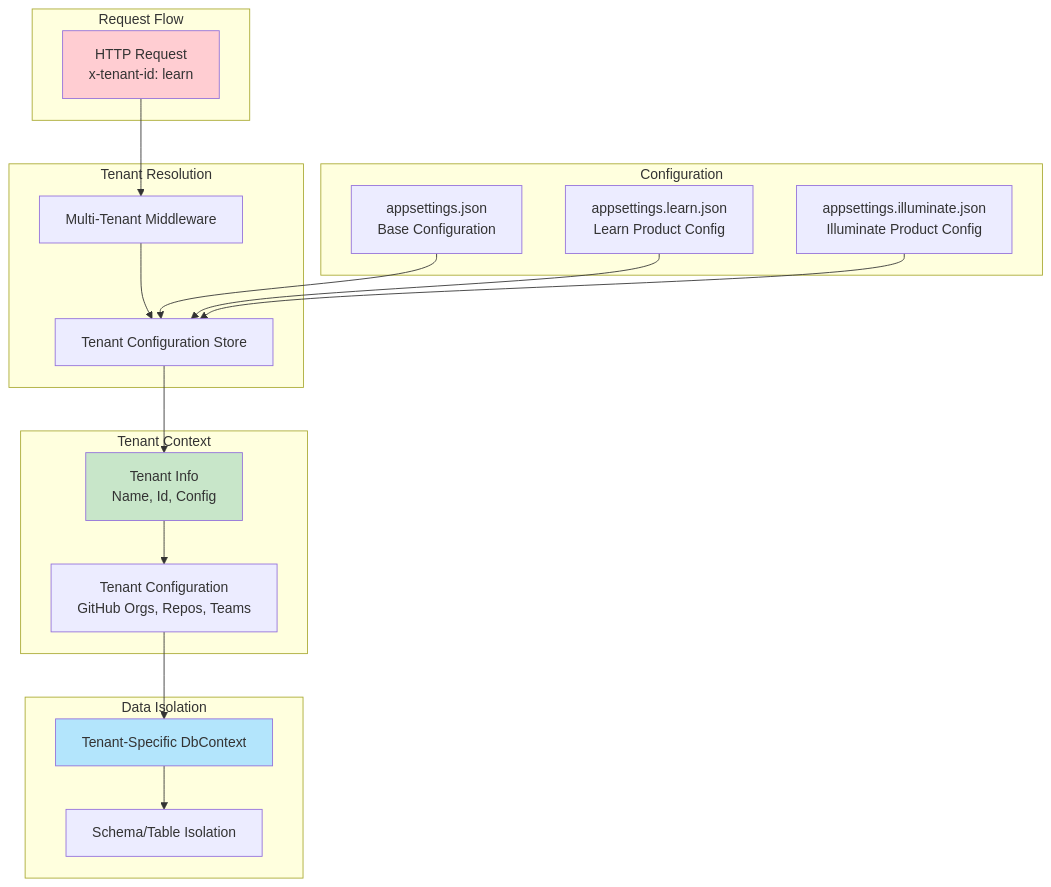
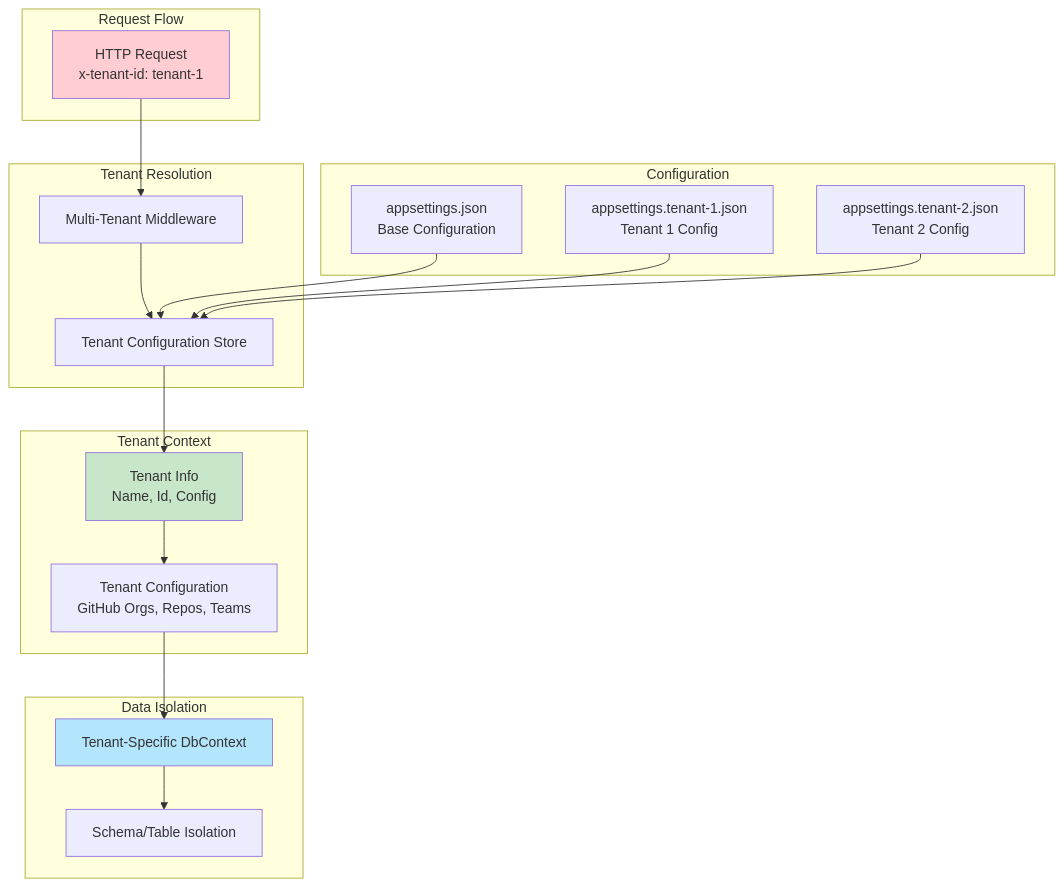
The fifth of 9 diagrams in docs/ARCHITECTURE.md (ksara-personal/devex-metrics), drawn with Mermaid before and after one commit. The commit also changed other lines of this file and 56 other files, not shown here.

````diff
--- a/docs/ARCHITECTURE.md
+++ b/docs/ARCHITECTURE.md
@@ -356,42 +356,42 @@
 ```mermaid
 graph TB
     subgraph "Request Flow"
-        Request[HTTP Request<br/>x-tenant-id: learn]
+        Request[HTTP Request<br/>x-tenant-id: tenant-1]
     end
     
     subgraph "Tenant Resolution"
         Middleware[Multi-Tenant Middleware]
         TenantStore[Tenant Configuration Store]
     end
     
     subgraph "Tenant Context"
         TenantInfo[Tenant Info<br/>Name, Id, Config]
         TenantConfig[Tenant Configuration<br/>GitHub Orgs, Repos, Teams]
     end
     
     subgraph "Data Isolation"
         TenantDB[Tenant-Specific DbContext]
         Schema[Schema/Table Isolation]
     end
     
     subgraph "Configuration"
-        LearnConfig[appsettings.learn.json<br/>Learn Product Config]
-        IlluminateConfig[appsettings.illuminate.json<br/>Illuminate Product Config]
+        Tenant1Config[appsettings.tenant-1.json<br/>Tenant 1 Config]
+        Tenant2Config[appsettings.tenant-2.json<br/>Tenant 2 Config]
         BaseConfig[appsettings.json<br/>Base Configuration]
     end
     
     Request --> Middleware
     Middleware --> TenantStore
     TenantStore --> TenantInfo
     TenantInfo --> TenantConfig
     TenantConfig --> TenantDB
     TenantDB --> Schema
     
     BaseConfig --> TenantStore
-    LearnConfig --> TenantStore
-    IlluminateConfig --> TenantStore
+    Tenant1Config --> TenantStore
+    Tenant2Config --> TenantStore
     
     style Request fill:#ffcdd2
     style TenantInfo fill:#c8e6c9
     style TenantDB fill:#b3e5fc
 ```
````
